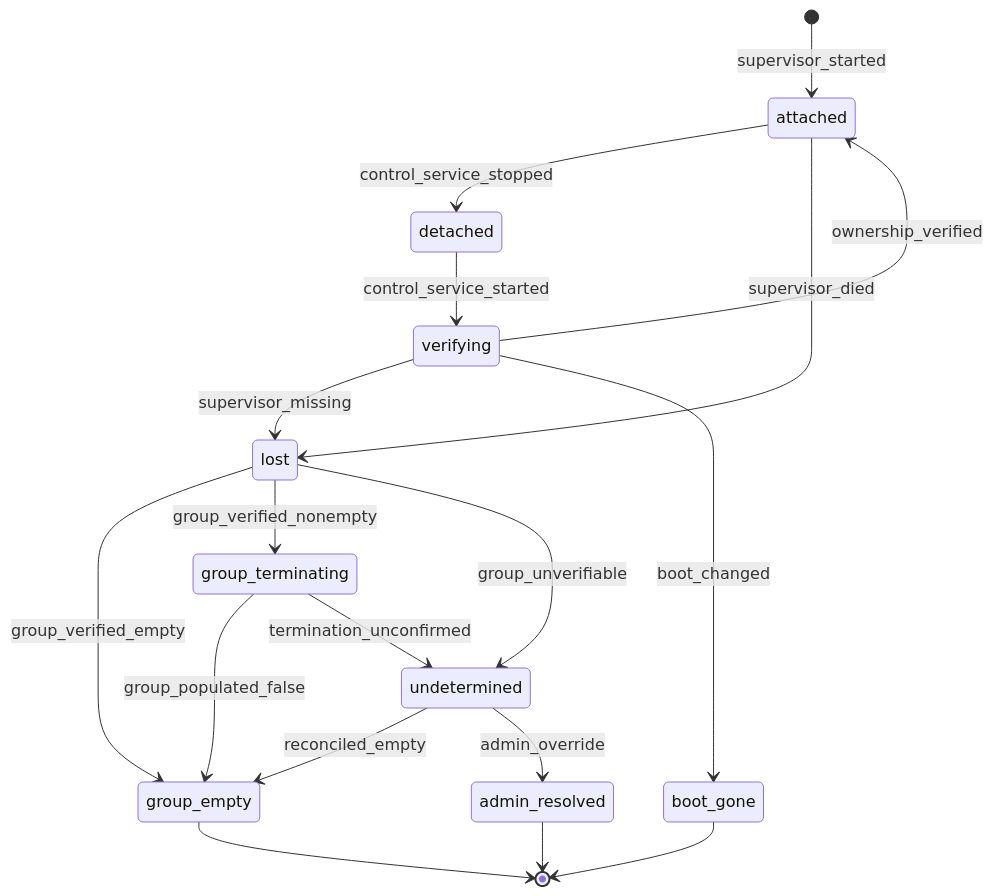
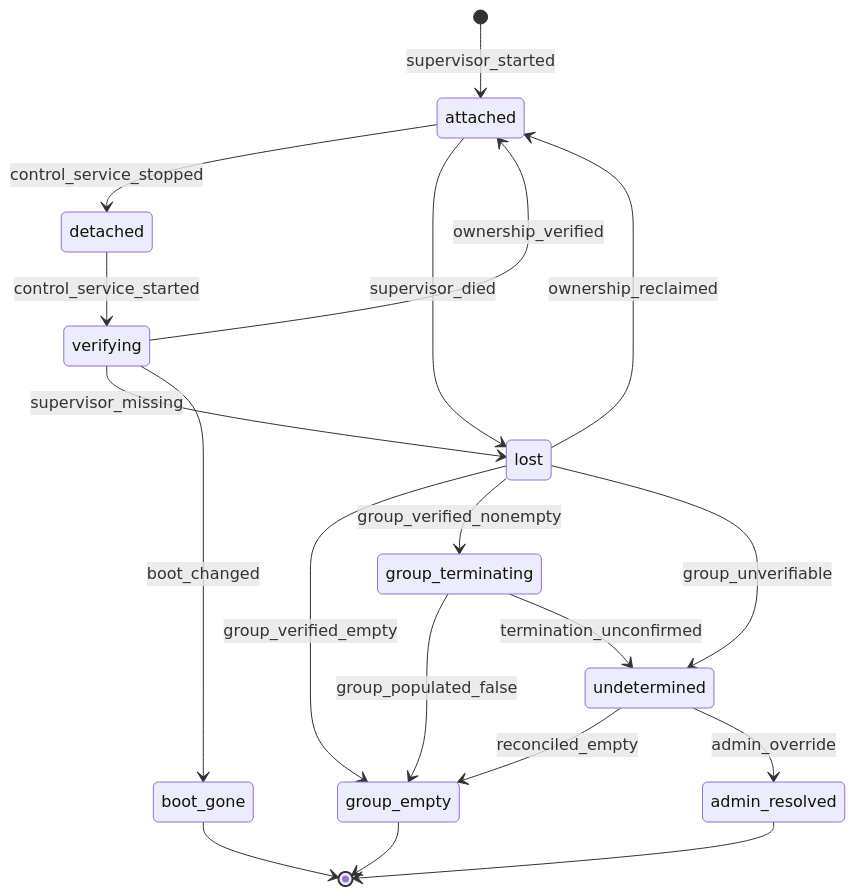
Before and after one commit to Fenicu/canterlot: the fifth of 6 diagrams in docs/design/execution.md, drawn with Mermaid. The commit also changed other lines of this file and 3 other files, not shown here.

````diff
--- a/docs/design/execution.md
+++ b/docs/design/execution.md
@@ -295,20 +299,21 @@
 ```mermaid
 stateDiagram-v2
     [*] --> attached: supervisor_started
     attached --> detached: control_service_stopped
     detached --> verifying: control_service_started
     verifying --> attached: ownership_verified
     verifying --> lost: supervisor_missing
     verifying --> boot_gone: boot_changed
     attached --> lost: supervisor_died
+    lost --> attached: ownership_reclaimed
     lost --> group_empty: group_verified_empty
     lost --> group_terminating: group_verified_nonempty
     lost --> undetermined: group_unverifiable
     group_terminating --> group_empty: group_populated_false
     group_terminating --> undetermined: termination_unconfirmed
     undetermined --> group_empty: reconciled_empty
     undetermined --> admin_resolved: admin_override
     group_empty --> [*]
     boot_gone --> [*]
     admin_resolved --> [*]
 ```
````
